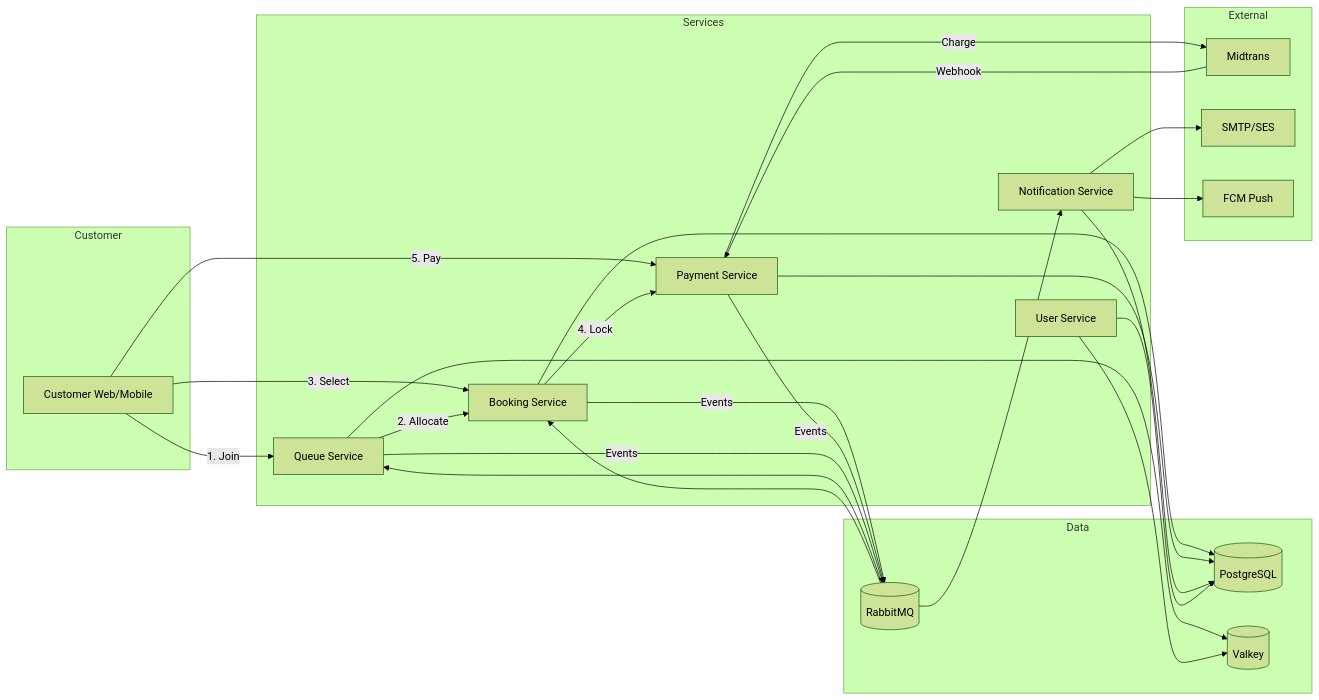
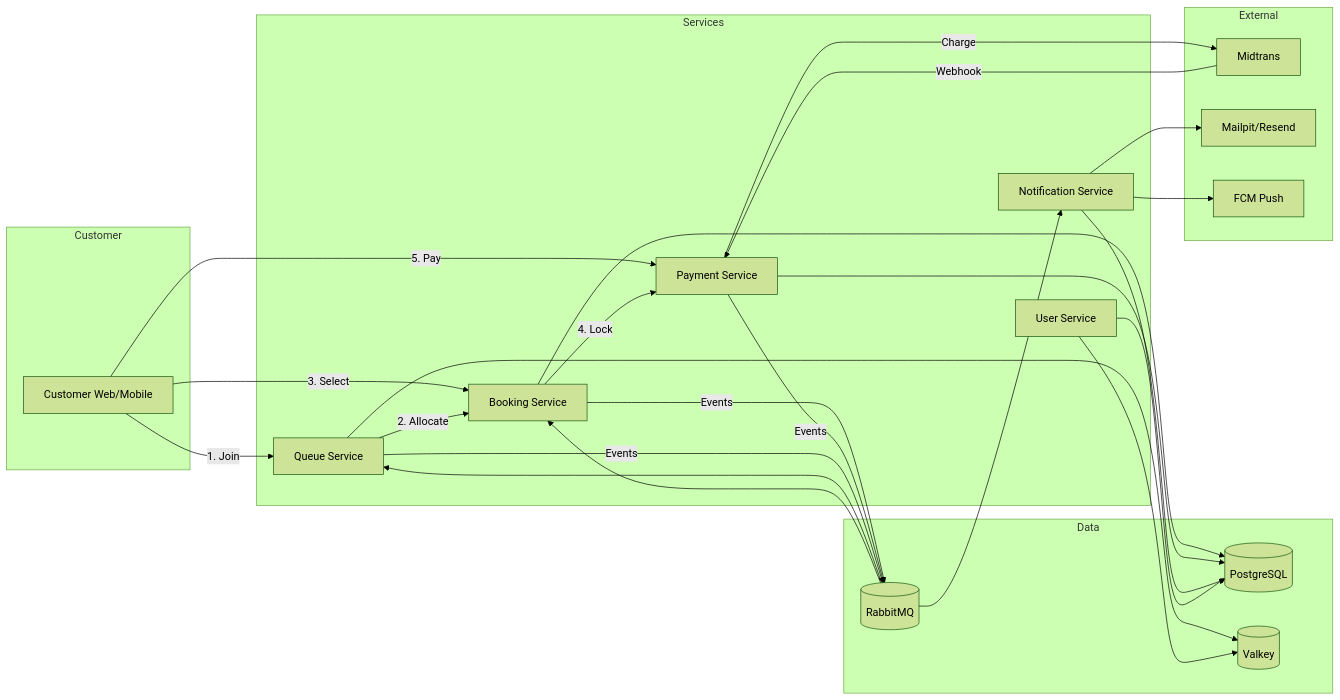
Before and after one commit to tiket-sampai-nonton/rusuh-booking-be: the first of 23 diagrams in docs/analisa/04g-E2E-FLOW-DIAGRAMS-MERMAID.md, drawn with Mermaid (forest theme). The commit also changed other lines of this file and 11 other files, not shown here.

First line of the commit message:
Ganti SES dengan Resend dan tambah penyedia email dapat dipilih (spec notification R13)

````diff
--- a/docs/analisa/04g-E2E-FLOW-DIAGRAMS-MERMAID.md
+++ b/docs/analisa/04g-E2E-FLOW-DIAGRAMS-MERMAID.md
@@ -9,52 +9,52 @@
 ```mermaid
 flowchart LR
     subgraph Customer
         C[Customer Web/Mobile]
     end
     
     subgraph Services
         Q[Queue Service]
         B[Booking Service]
         P[Payment Service]
         N[Notification Service]
         U[User Service]
     end
     
     subgraph External
         M[Midtrans]
-        S[SMTP/SES]
+        S[Mailpit/Resend]
         F[FCM Push]
     end
     
     subgraph Data
         PG[(PostgreSQL)]
         VK[(Valkey)]
         MQ[(RabbitMQ)]
     end
     
     C -->|1. Join| Q
     C -->|3. Select| B
     C -->|5. Pay| P
     
     Q -->|2. Allocate| B
     B -->|4. Lock| P
     P -->|Charge| M
     M -->|Webhook| P
     
     B -->|Events| MQ
     P -->|Events| MQ
     Q -->|Events| MQ
     MQ --> N
     MQ --> Q
     MQ --> B
     
     N --> S
     N --> F
     
     Q --> VK
     B --> PG
     P --> PG
     N --> PG
     U --> PG
     U --> VK
 ```
````
